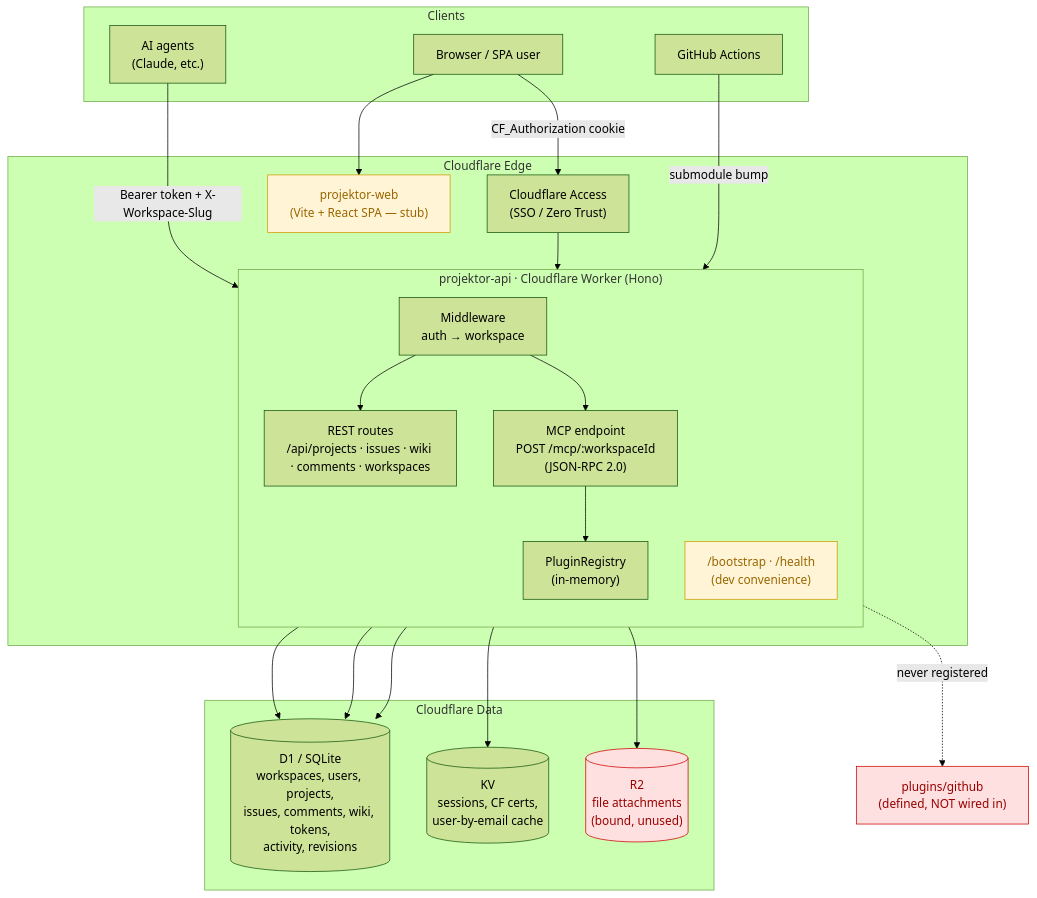
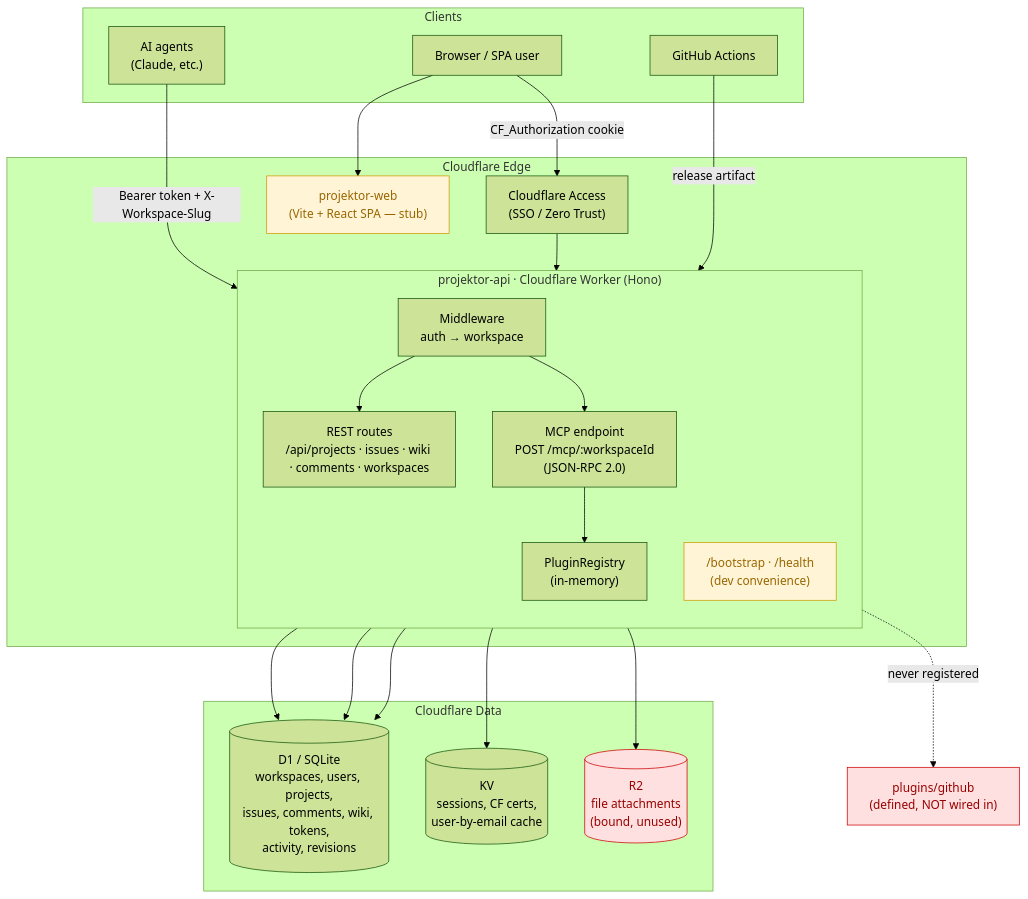
Before and after one commit to TAJD/projektor: the diagram in docs/marketecture.md, drawn with Mermaid (forest theme). The commit also changed other lines of this file and 10 other files, not shown here.

````diff
--- a/docs/marketecture.md
+++ b/docs/marketecture.md
@@ -8,49 +8,49 @@
 ```mermaid
 flowchart TB
     subgraph Clients
         AI["AI agents<br/>(Claude, etc.)"]
         Browser["Browser / SPA user"]
         CI["GitHub Actions"]
     end
 
     subgraph Edge["Cloudflare Edge"]
         Access["Cloudflare Access<br/>(SSO / Zero Trust)"]
         subgraph Worker["projektor-api · Cloudflare Worker (Hono)"]
             direction TB
             MW["Middleware<br/>auth → workspace"]
             REST["REST routes<br/>/api/projects · issues · wiki · comments · workspaces"]
             MCP["MCP endpoint<br/>POST /mcp/:workspaceId<br/>(JSON-RPC 2.0)"]
             BOOT["/bootstrap · /health<br/>(dev convenience)"]
             REG["PluginRegistry<br/>(in-memory)"]
         end
         Pages["projektor-web<br/>(Vite + React SPA — stub)"]
     end
 
     subgraph Storage["Cloudflare Data"]
         D1[("D1 / SQLite<br/>workspaces, users, projects,<br/>issues, comments, wiki, tokens,<br/>activity, revisions")]
         KV[("KV<br/>sessions, CF certs,<br/>user-by-email cache")]
         R2[("R2<br/>file attachments<br/>(bound, unused)")]
     end
 
     Plugins["plugins/github<br/>(defined, NOT wired in)"]
 
     AI -->|"Bearer token + X-Workspace-Slug"| MCP
     Browser -->|"CF_Authorization cookie"| Access --> REST
     Browser --> Pages
-    CI -->|"submodule bump"| Worker
+    CI -->|"release artifact"| Worker
 
     MW --> REST
     MW --> MCP
     MCP --> REG
     REST --> D1
     MCP --> D1
     MW --> D1
     MW --> KV
     REST --> R2
     REG -.->|"never registered"| Plugins
 
     classDef gap fill:#ffe0e0,stroke:#c00,color:#900;
     classDef stub fill:#fff5d6,stroke:#c90,color:#960;
     class Plugins,R2 gap;
     class Pages,BOOT stub;
 ```
````
